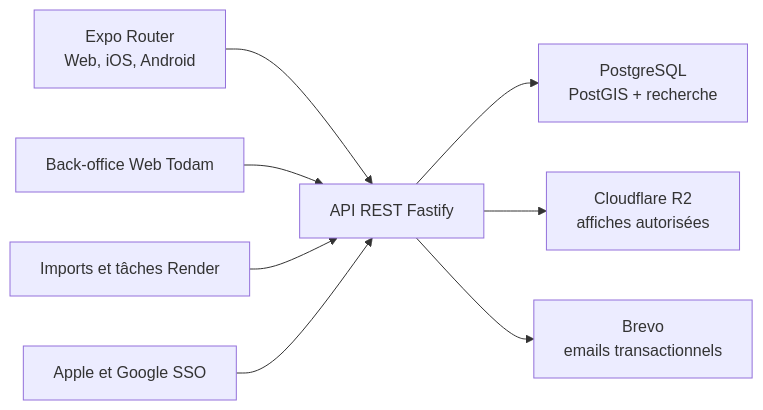
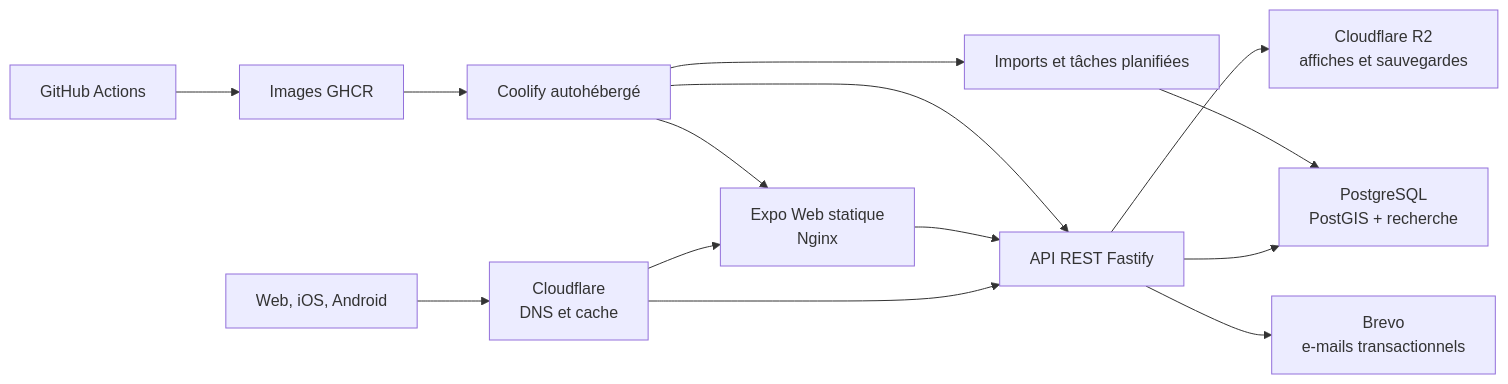
Before and after one commit to todam-app/todam: the diagram in docs/ARCHITECTURE_TECHNIQUE.md, drawn with Mermaid. The commit also changed other lines of this file and 200 other files, not shown here.

````diff
--- a/docs/ARCHITECTURE_TECHNIQUE.md
+++ b/docs/ARCHITECTURE_TECHNIQUE.md
@@ -7,10 +7,16 @@
 ```mermaid
 flowchart LR
-    A["Expo Router<br/>Web, iOS, Android"] --> B["API REST Fastify"]
-    C["Back-office Web Todam"] --> B
+    U["Web, iOS, Android"] --> CF["Cloudflare<br/>DNS et cache"]
+    CF --> W["Expo Web statique<br/>Nginx"]
+    CF --> B["API REST Fastify"]
+    W --> B
     B --> D["PostgreSQL<br/>PostGIS + recherche"]
-    B --> E["Cloudflare R2<br/>affiches autorisées"]
-    B --> F["Brevo<br/>emails transactionnels"]
-    G["Imports et tâches Render"] --> B
-    H["Apple et Google SSO"] --> B
+    B --> E["Cloudflare R2<br/>affiches et sauvegardes"]
+    B --> F["Brevo<br/>e-mails transactionnels"]
+    G["Imports et tâches planifiées"] --> D
+    CI["GitHub Actions"] --> R["Images GHCR"]
+    R --> K["Coolify autohébergé"]
+    K --> W
+    K --> B
+    K --> G
 ```
````
